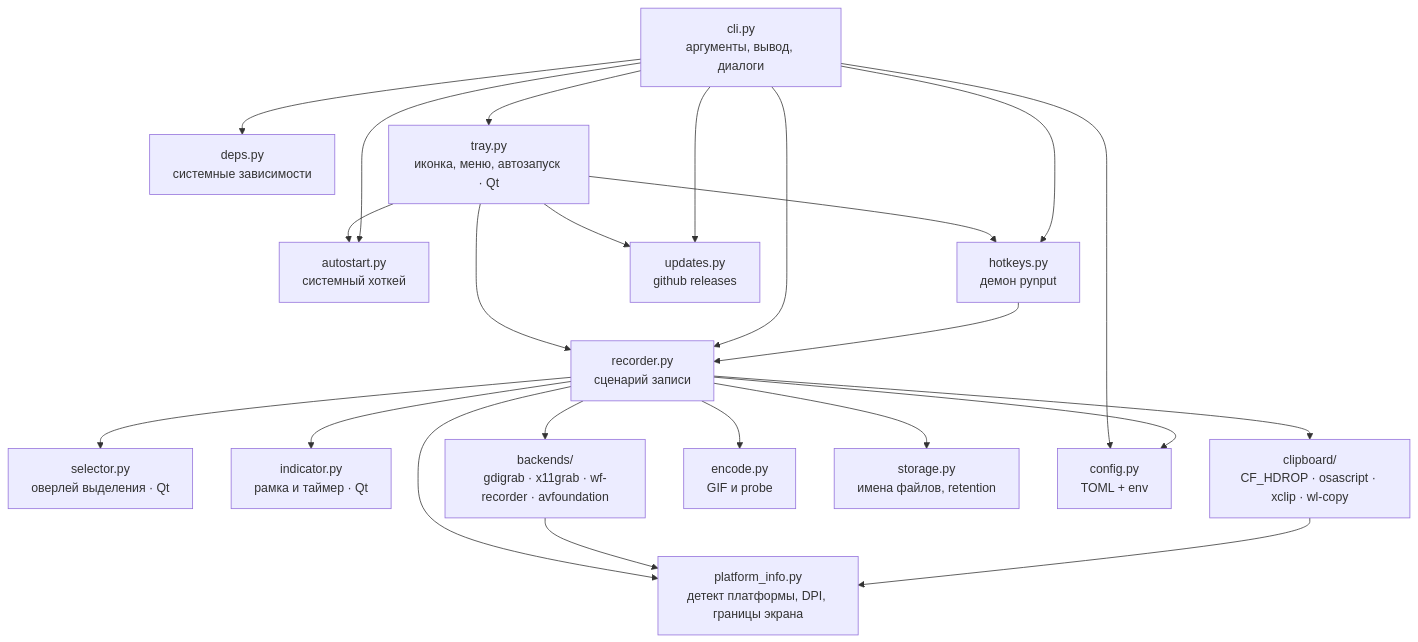
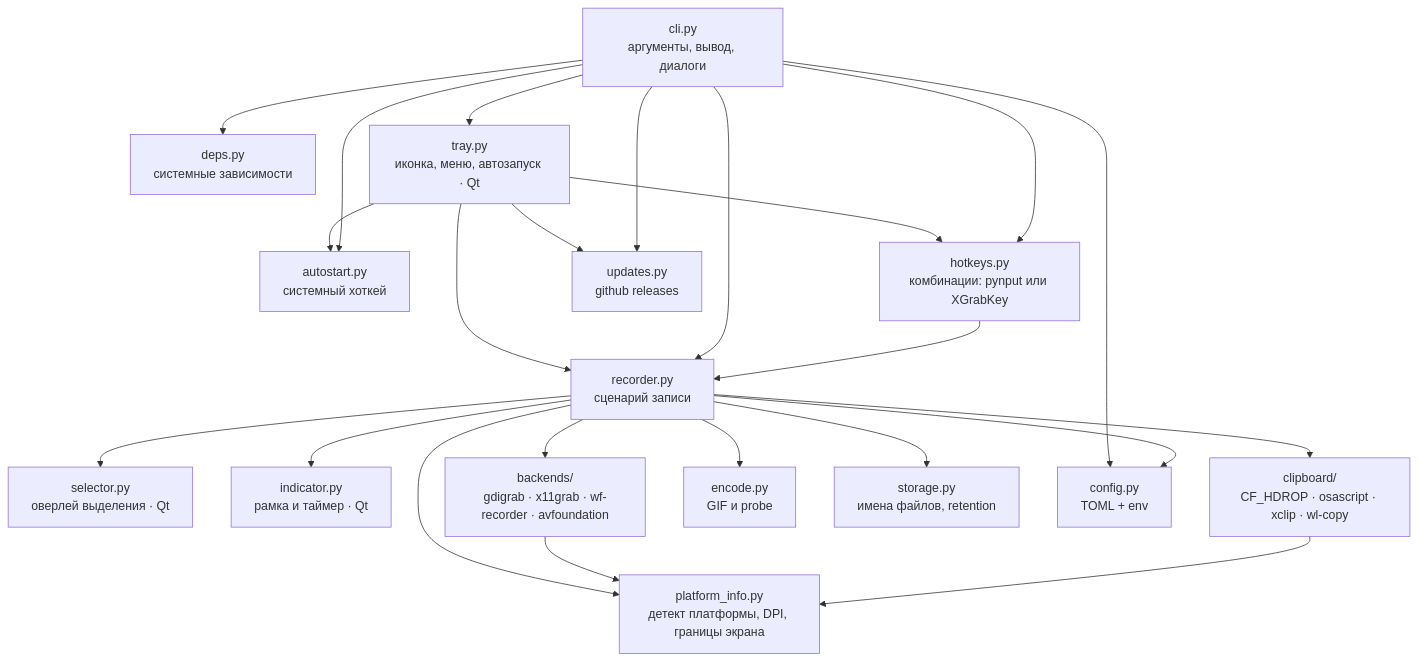
One commit to elementary1997/snapreel changed the second of 4 diagrams in docs/architecture.md. Above: the diagram before and after it, drawn with Mermaid. The commit also changed 13 other files, not shown here.

First line of the commit message:
fix: catch the hotkeys where pynput cannot, and say when nobody can

````diff
--- a/docs/architecture.md
+++ b/docs/architecture.md
@@ -40,41 +40,41 @@
 ```mermaid
 graph TD
     cli[cli.py<br/>аргументы, вывод, диалоги]
     rec[recorder.py<br/>сценарий записи]
     sel[selector.py<br/>оверлей выделения · Qt]
     ind[indicator.py<br/>рамка и таймер · Qt]
     back[backends/<br/>gdigrab · x11grab · wf-recorder · avfoundation]
     clip[clipboard/<br/>CF_HDROP · osascript · xclip · wl-copy]
     enc[encode.py<br/>GIF и probe]
     store[storage.py<br/>имена файлов, retention]
     cfg[config.py<br/>TOML + env]
     plat[platform_info.py<br/>детект платформы, DPI, границы экрана]
     deps[deps.py<br/>системные зависимости]
     auto[autostart.py<br/>системный хоткей]
-    daemon[hotkeys.py<br/>демон pynput]
+    daemon[hotkeys.py<br/>комбинации: pynput или XGrabKey]
     tray[tray.py<br/>иконка, меню, автозапуск · Qt]
     upd[updates.py<br/>github releases]
 
     cli --> tray
     tray --> rec
     tray --> daemon
     tray --> upd
     tray --> auto
     cli --> upd
     cli --> rec
     cli --> deps
     cli --> auto
     cli --> daemon
     daemon --> rec
     rec --> sel
     rec --> ind
     rec --> back
     rec --> clip
     rec --> enc
     rec --> store
     rec --> plat
     back --> plat
     clip --> plat
     cli --> cfg
     rec --> cfg
 ```
````
